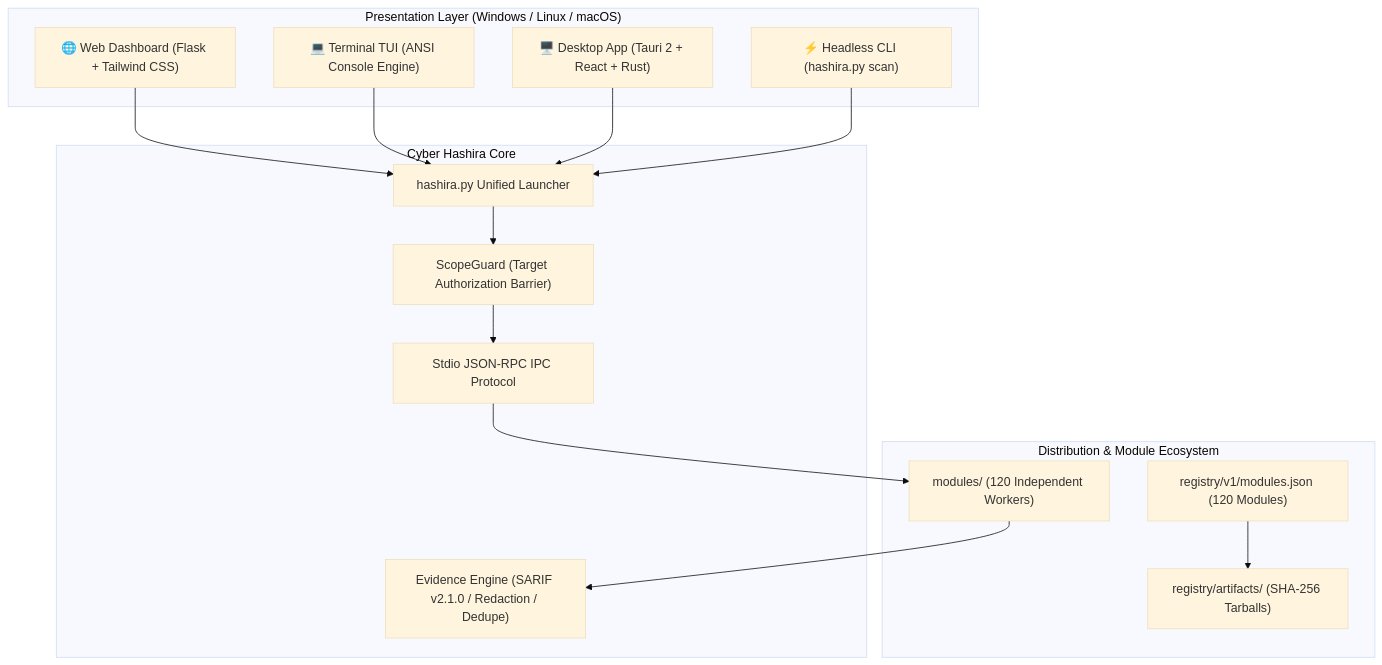
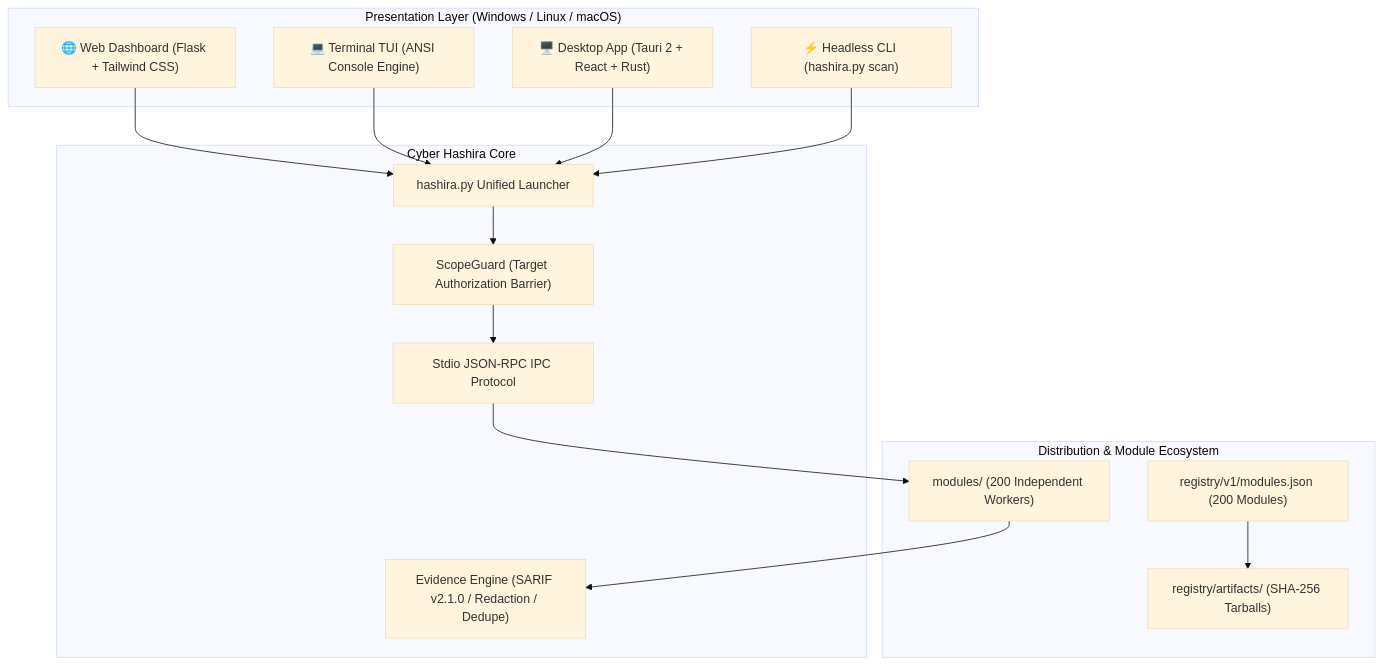
The diagram in README.md (VoidStudioos/Cyber-Hashira), drawn with Mermaid (base theme) before and after one commit. The commit also changed other lines of this file and 258 other files, not shown here.

````diff
--- a/README.md
+++ b/README.md
@@ -400,33 +441,33 @@
 ```mermaid
 graph TD
     subgraph Presentation ["Presentation Layer (Windows / Linux / macOS)"]
         WEB["🌐 Web Dashboard (Flask + Tailwind CSS)"]
         TUI["💻 Terminal TUI (ANSI Console Engine)"]
         DESK["🖥️ Desktop App (Tauri 2 + React + Rust)"]
         CLI["⚡ Headless CLI (hashira.py scan)"]
     end
 
     subgraph Core ["Cyber Hashira Core"]
         LAUNCHER["hashira.py Unified Launcher"]
         SCOPE["ScopeGuard (Target Authorization Barrier)"]
         IPC["Stdio JSON-RPC IPC Protocol"]
         REPORT["Evidence Engine (SARIF v2.1.0 / Redaction / Dedupe)"]
     end
 
     subgraph Registry ["Distribution & Module Ecosystem"]
-        CATALOG["registry/v1/modules.json (120 Modules)"]
+        CATALOG["registry/v1/modules.json (200 Modules)"]
         ARTIFACTS["registry/artifacts/ (SHA-256 Tarballs)"]
-        MODULES["modules/ (120 Independent Workers)"]
+        MODULES["modules/ (200 Independent Workers)"]
     end
 
     WEB --> LAUNCHER
     TUI --> LAUNCHER
     DESK --> LAUNCHER
     CLI --> LAUNCHER
 
     LAUNCHER --> SCOPE
     SCOPE --> IPC
     IPC --> MODULES
     MODULES --> REPORT
     CATALOG --> ARTIFACTS
 ```
````
